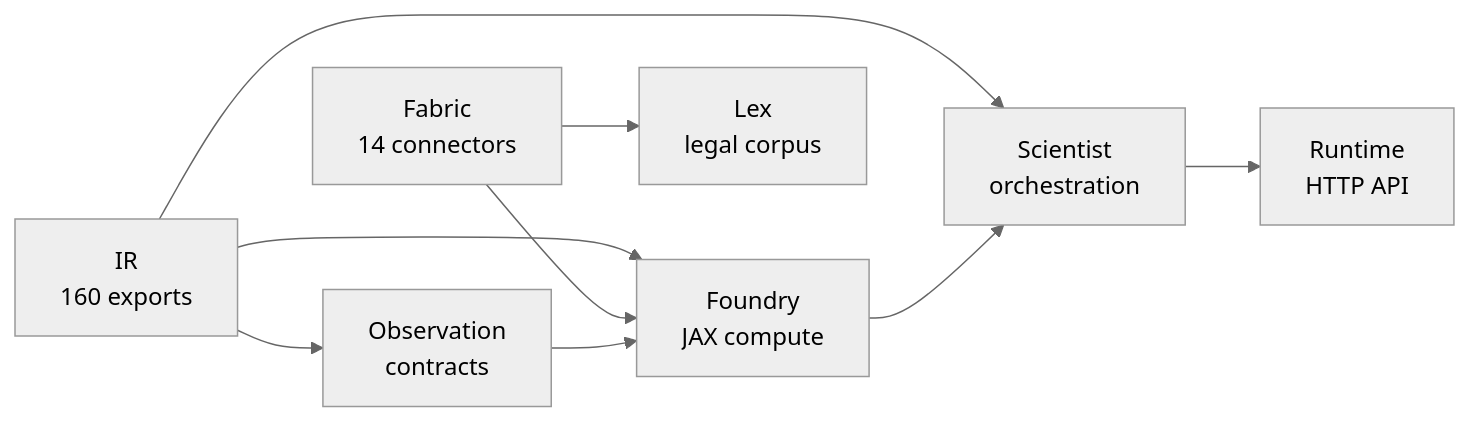
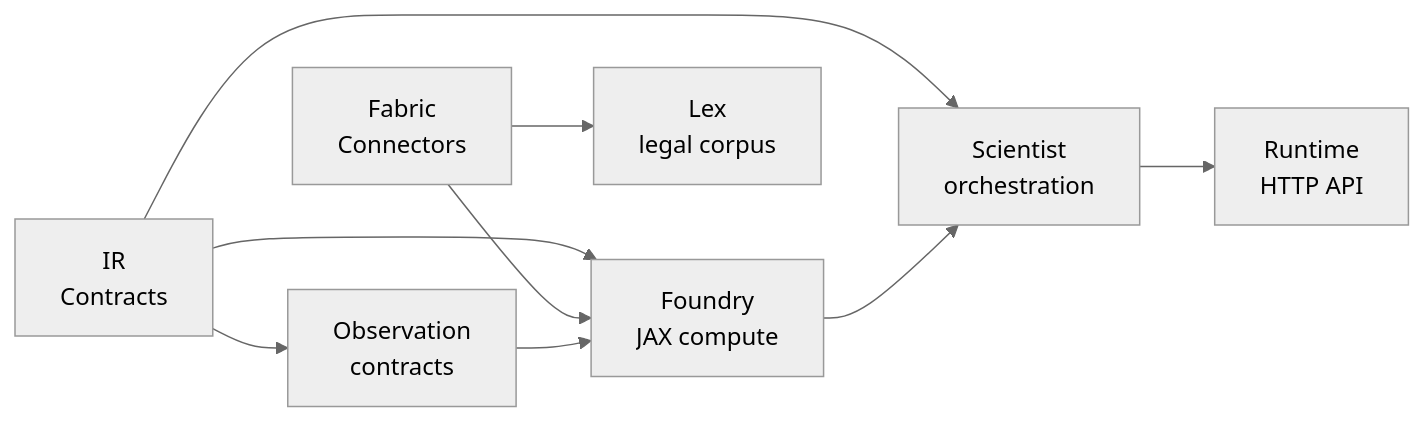
One commit to DenisKopylov/polisyos changed the diagram in policy-engine/README.md. Above: the diagram before and after it, drawn with Mermaid (neutral theme). The commit also changed other lines of this file and 896 other files, not shown here.

First line of the commit message:
Снимок изменений: документация, CI, схемы и policy-engine (без pre-commit).

````diff
--- a/policy-engine/README.md
+++ b/policy-engine/README.md
@@ -37,11 +40,11 @@
 ```mermaid
 graph LR
-  IR["IR<br/>160 exports"] --> Foundry["Foundry<br/>JAX compute"]
+  IR["IR<br/>Contracts"] --> Foundry["Foundry<br/>JAX compute"]
   IR --> Scientist["Scientist<br/>orchestration"]
-  Fabric["Fabric<br/>14 connectors"] --> Foundry
+  Fabric["Fabric<br/>Connectors"] --> Foundry
   Fabric --> Lex["Lex<br/>legal corpus"]
   Foundry --> Scientist
   Scientist --> Runtime["Runtime<br/>HTTP API"]
   IR --> Observation["Observation<br/>contracts"]
   Observation --> Foundry
 ```
````
